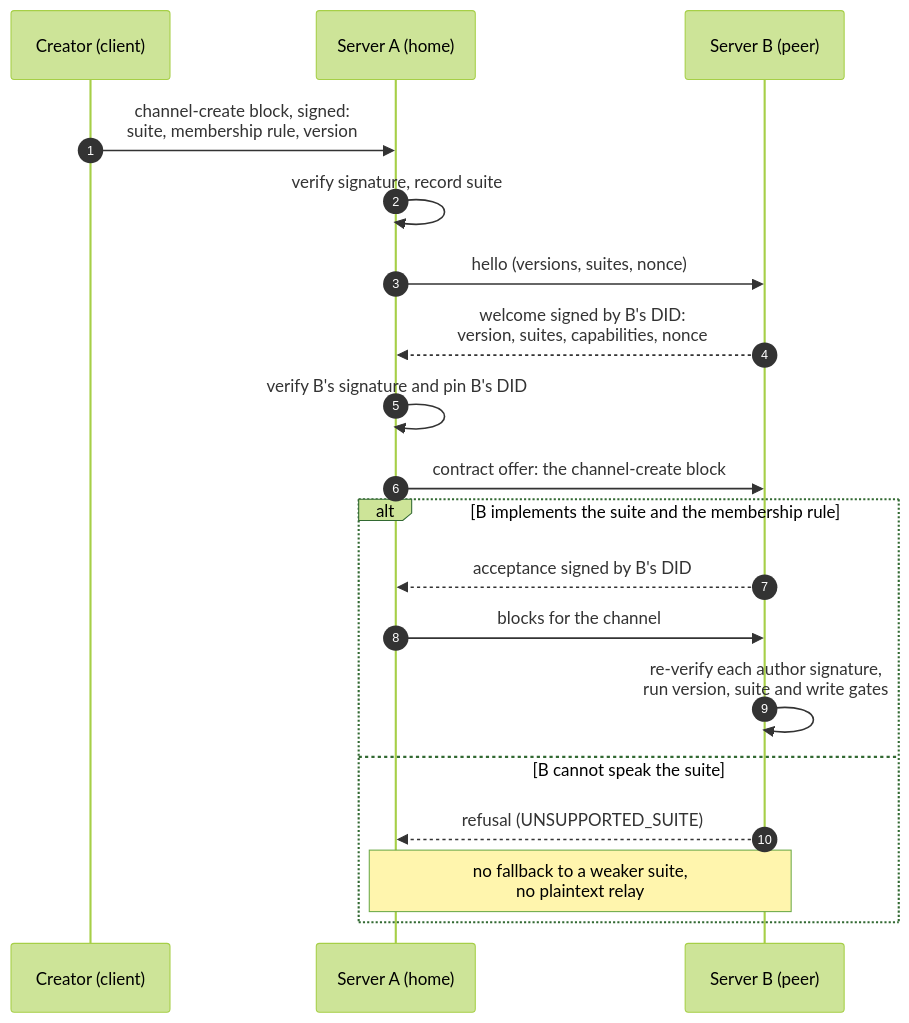
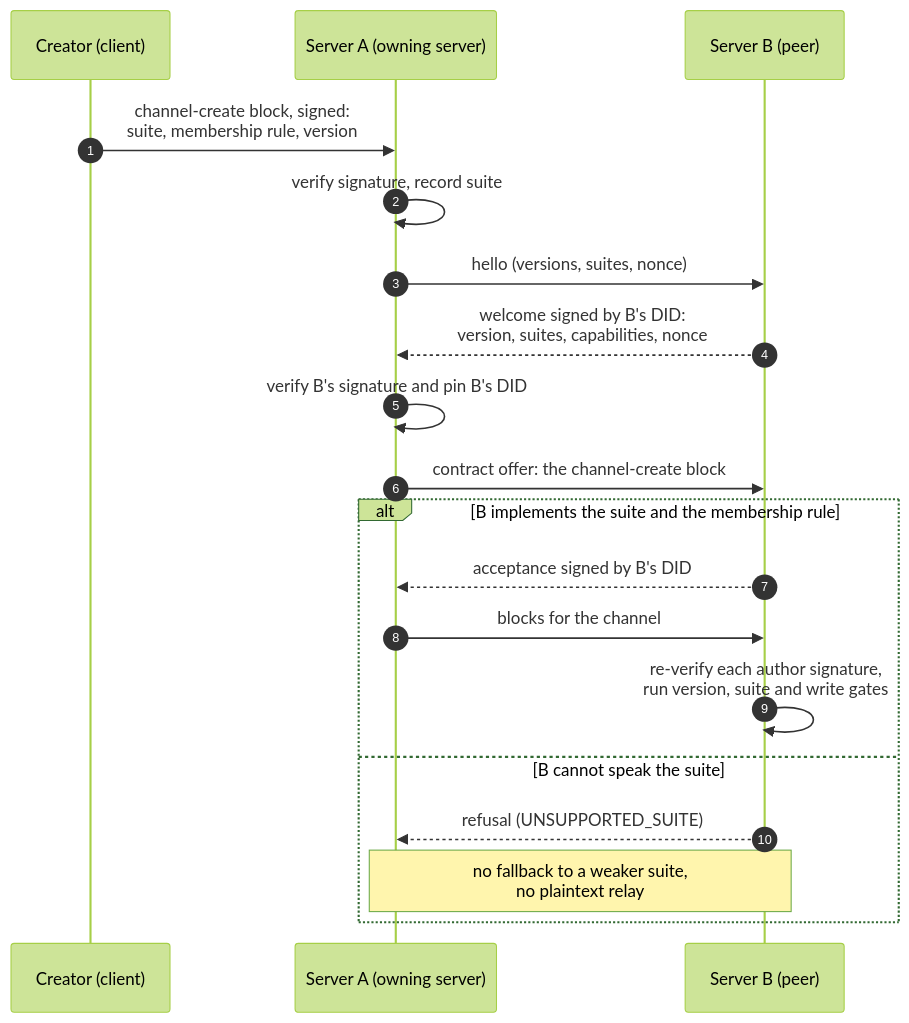
The third of 3 diagrams in docs/whitepaper/trust-federation-identity.md (jig-protocol/jig), drawn with Mermaid (forest theme) before and after one commit. The commit also changed other lines of this file and 4 other files, not shown here.

````diff
--- a/docs/whitepaper/trust-federation-identity.md
+++ b/docs/whitepaper/trust-federation-identity.md
@@ -574,21 +792,21 @@
 ```mermaid
 sequenceDiagram
     autonumber
     participant Cr as Creator (client)
-    participant A as Server A (home)
+    participant A as Server A (owning server)
     participant B as Server B (peer)
     Cr->>A: channel-create block, signed:<br/>suite, membership rule, version
     A->>A: verify signature, record suite
     A->>B: hello (versions, suites, nonce)
     B-->>A: welcome signed by B's DID:<br/>version, suites, capabilities, nonce
     A->>A: verify B's signature and pin B's DID
     A->>B: contract offer: the channel-create block
     alt B implements the suite and the membership rule
         B-->>A: acceptance signed by B's DID
         A->>B: blocks for the channel
         B->>B: re-verify each author signature,<br/>run version, suite and write gates
     else B cannot speak the suite
         B-->>A: refusal (UNSUPPORTED_SUITE)
         Note over A,B: no fallback to a weaker suite,<br/>no plaintext relay
     end
 ```
````
